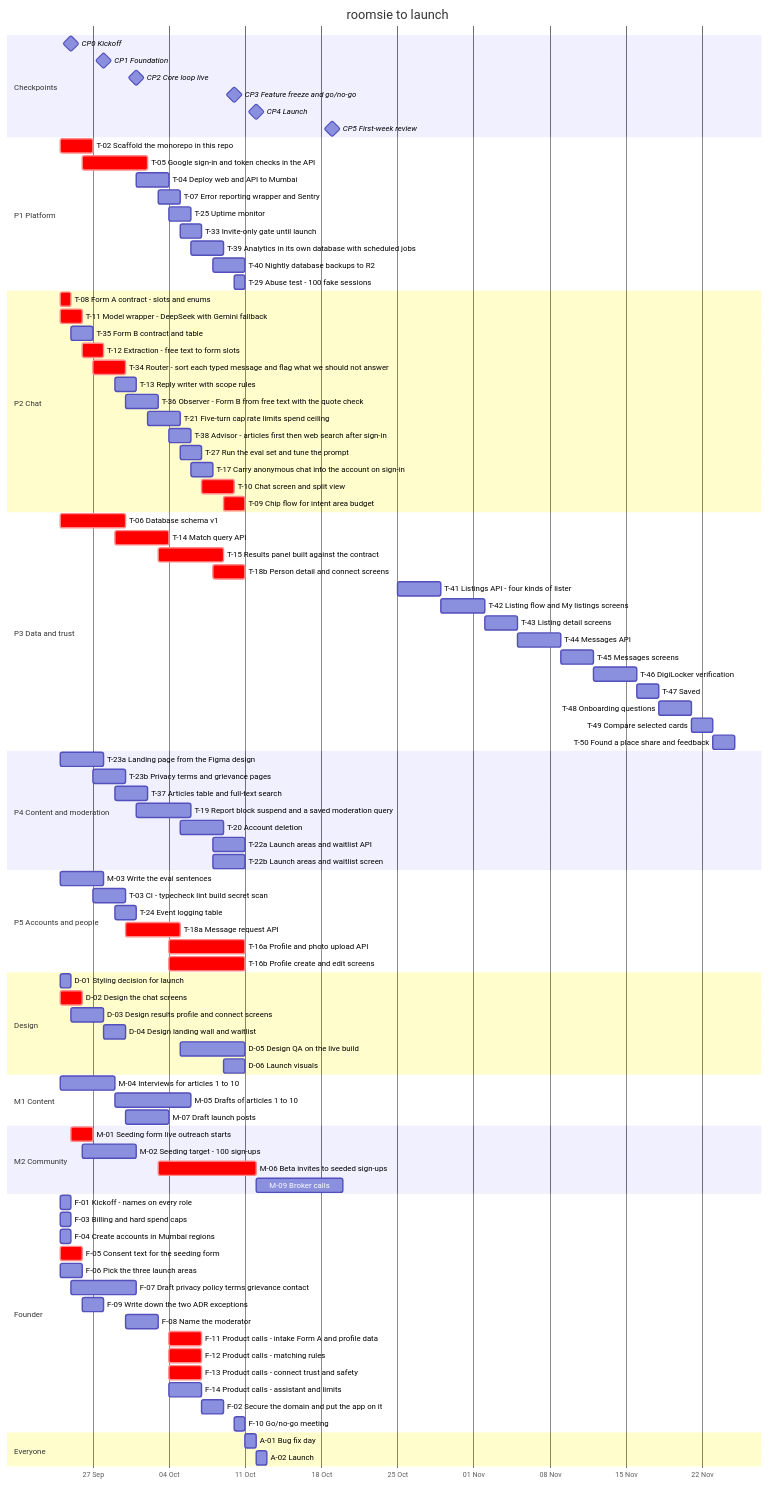
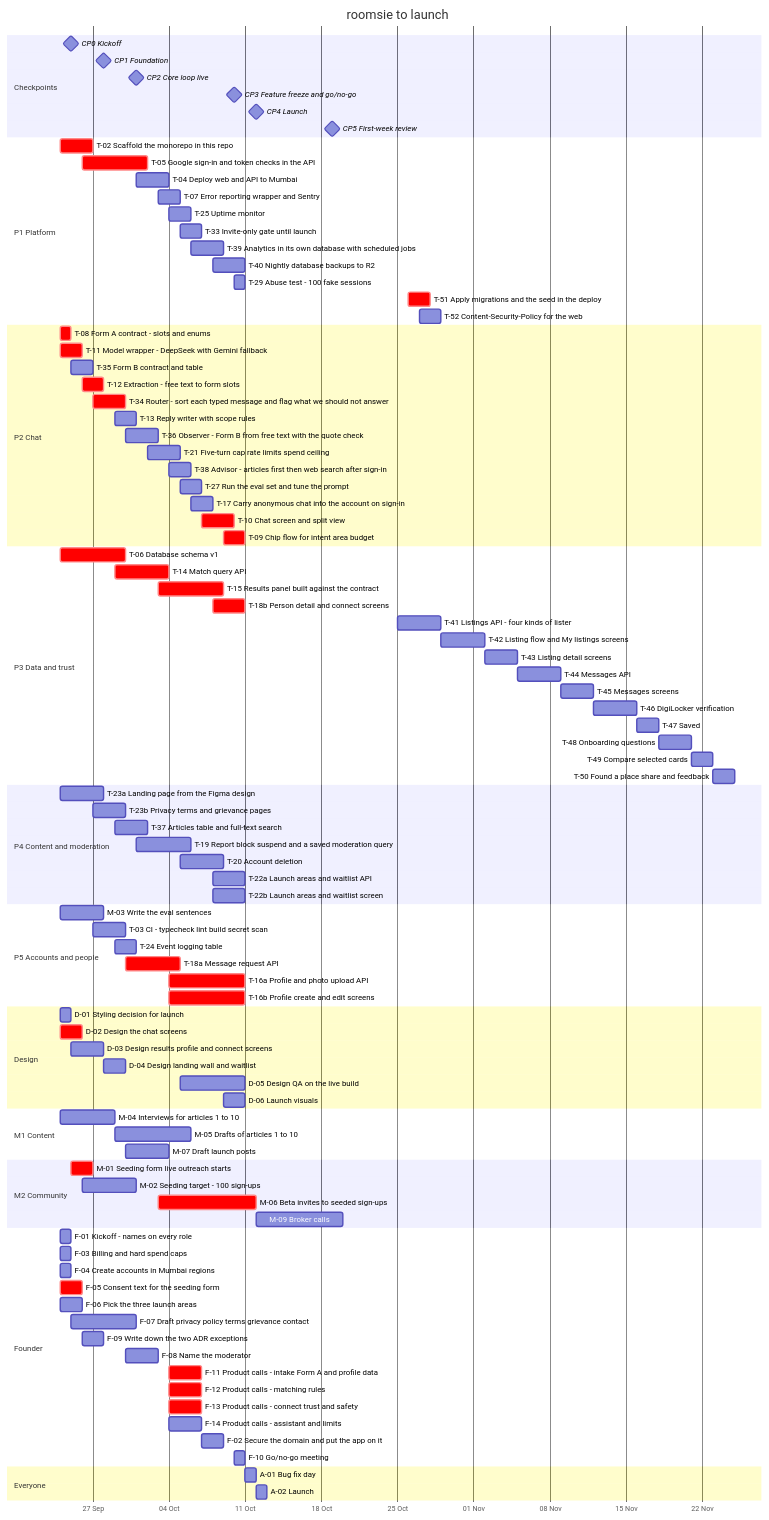
One commit to magentawood/roomsie changed the diagram in docs/team-plan.md. Above: the diagram before and after it, drawn with Mermaid. The commit also changed other lines of this file and 20 other files, not shown here.

First line of the commit message:
plan: T-51 migrations in the deploy, T-52 web CSP

```diff
--- a/docs/team-plan.md
+++ b/docs/team-plan.md
@@ -324,6 +328,8 @@
     T-39 Analytics in its own database with scheduled jobs :t39, 2026-10-06, 3d
     T-40 Nightly database backups to R2 :t40, 2026-10-08, 3d
     T-29 Abuse test - 100 fake sessions :t29, 2026-10-10, 1d
+    T-51 Apply migrations and the seed in the deploy :crit, t51, 2026-10-26, 2d
+    T-52 Content-Security-Policy for the web :t52, 2026-10-27, 2d
     section P2 Chat
     T-08 Form A contract - slots and enums :crit, t08, 2026-09-24, 1d
     T-11 Model wrapper - DeepSeek with Gemini fallback :crit, t11, 2026-09-24, 2d
```
